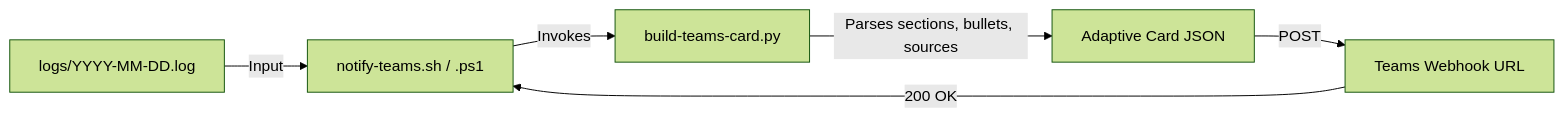
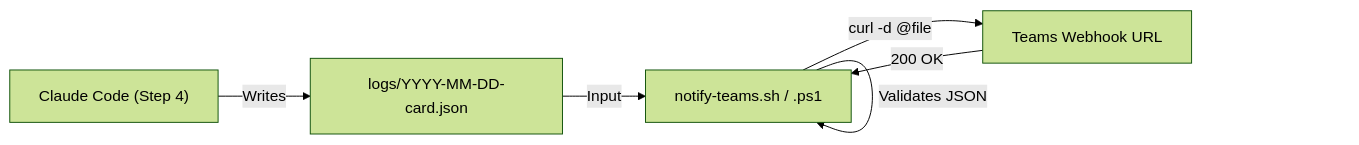
One commit to hoangsonww/ai-news-briefing changed the seventh of 13 diagrams in ARCHITECTURE.md. Above: the diagram before and after it, drawn with Mermaid (forest theme). The commit also changed other lines of this file and 8 other files, not shown here.

````diff
--- a/ARCHITECTURE.md
+++ b/ARCHITECTURE.md
@@ -351,8 +363,8 @@
 ```mermaid
 flowchart LR
-    L["logs/YYYY-MM-DD.log"] -->|Input| NS["notify-teams.sh / .ps1"]
-    NS -->|Invokes| PY["build-teams-card.py"]
-    PY -->|Parses sections, bullets, sources| AC["Adaptive Card JSON"]
-    AC -->|POST| WH["Teams Webhook URL"]
+    CC["Claude Code (Step 4)"] -->|Writes| CJ["logs/YYYY-MM-DD-card.json"]
+    CJ -->|Input| NS["notify-teams.sh / .ps1"]
+    NS -->|Validates JSON| NS
+    NS -->|"curl -d @file"| WH["Teams Webhook URL"]
     WH -->|200 OK| NS
 ```
````
